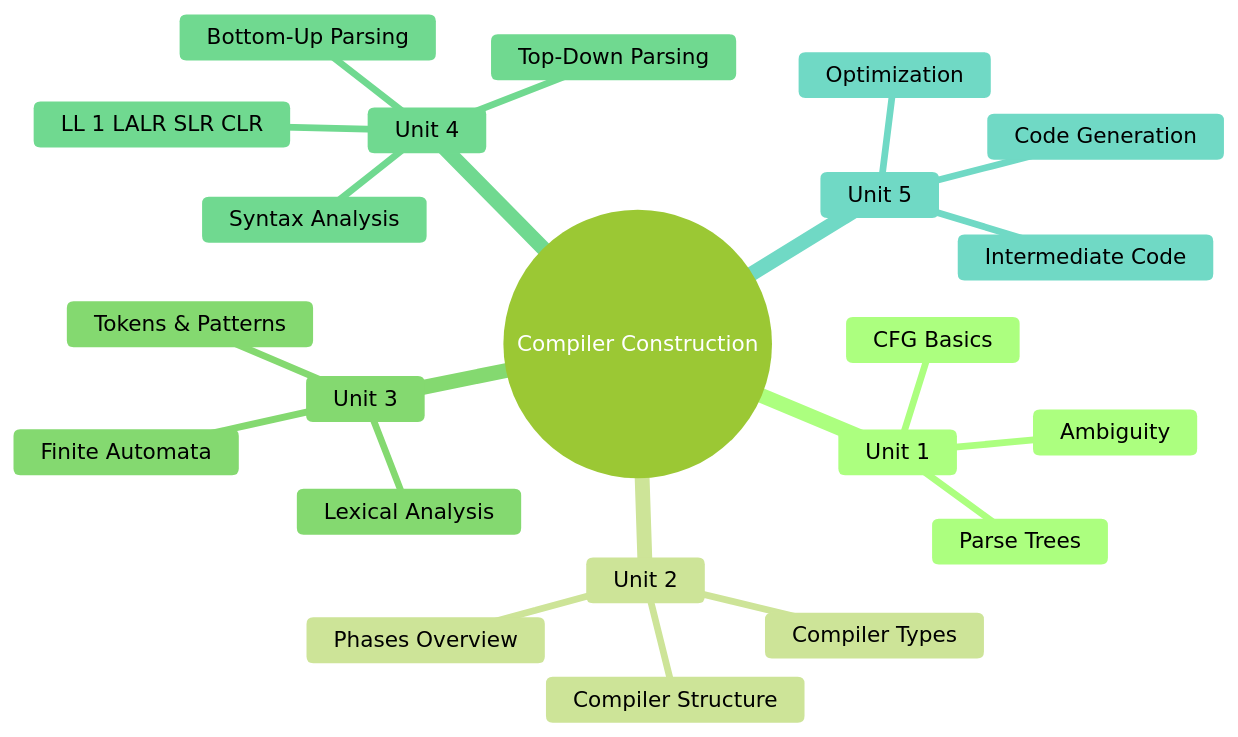
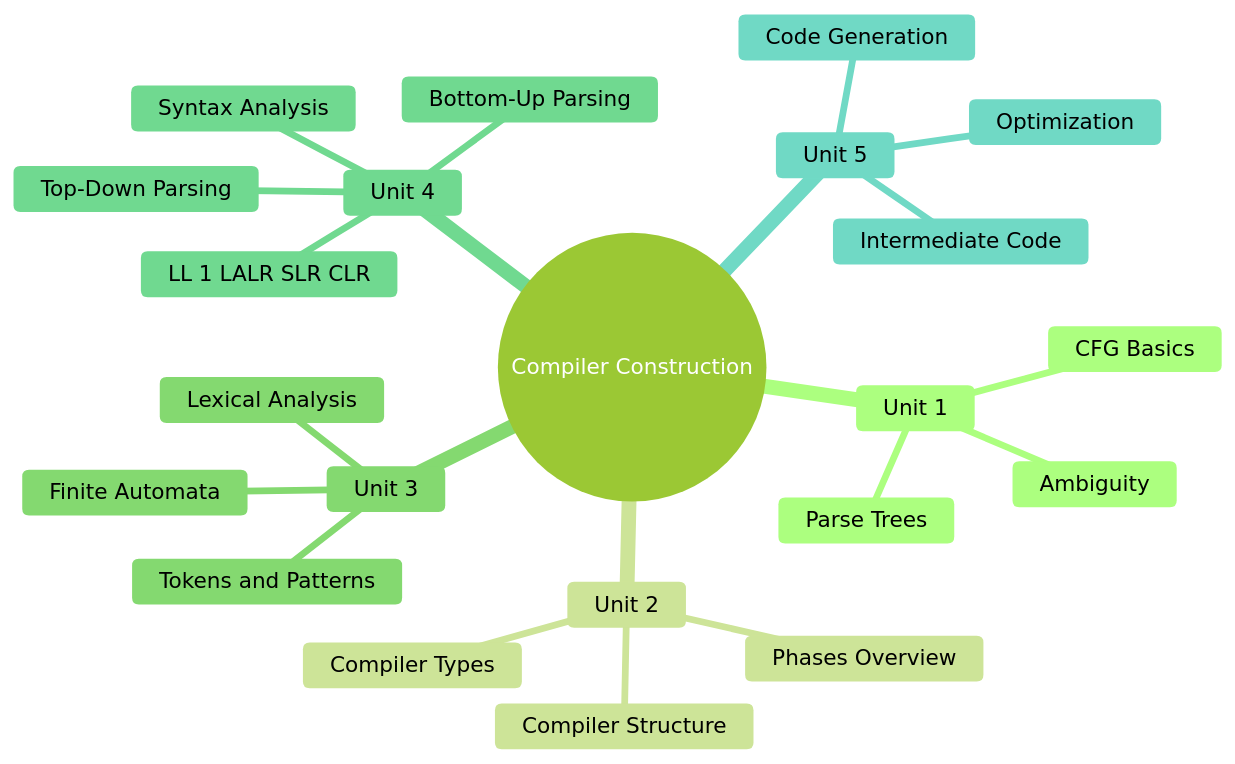
One commit to amitdevx/TY changed the first of 2 diagrams in 02-Semester-VI/CS-354-MJ-T-Compiler-Construction/Overview.md. Above: the diagram before and after it, drawn with Mermaid (forest theme). The commit also changed other lines of this file and 186 other files, not shown here.

````diff
--- a/02-Semester-VI/CS-354-MJ-T-Compiler-Construction/Overview.md
+++ b/02-Semester-VI/CS-354-MJ-T-Compiler-Construction/Overview.md
@@ -41,25 +43,25 @@
 ```mermaid
 mindmap
   root((Compiler Construction))
     Unit 1
       CFG Basics
       Parse Trees
       Ambiguity
     Unit 2
       Compiler Structure
       Phases Overview
       Compiler Types
     Unit 3
       Lexical Analysis
-      Tokens & Patterns
+      Tokens and Patterns
       Finite Automata
     Unit 4
       Syntax Analysis
       Top-Down Parsing
       Bottom-Up Parsing
       LL 1 LALR SLR CLR
     Unit 5
       Code Generation
       Intermediate Code
       Optimization
 ```
````
